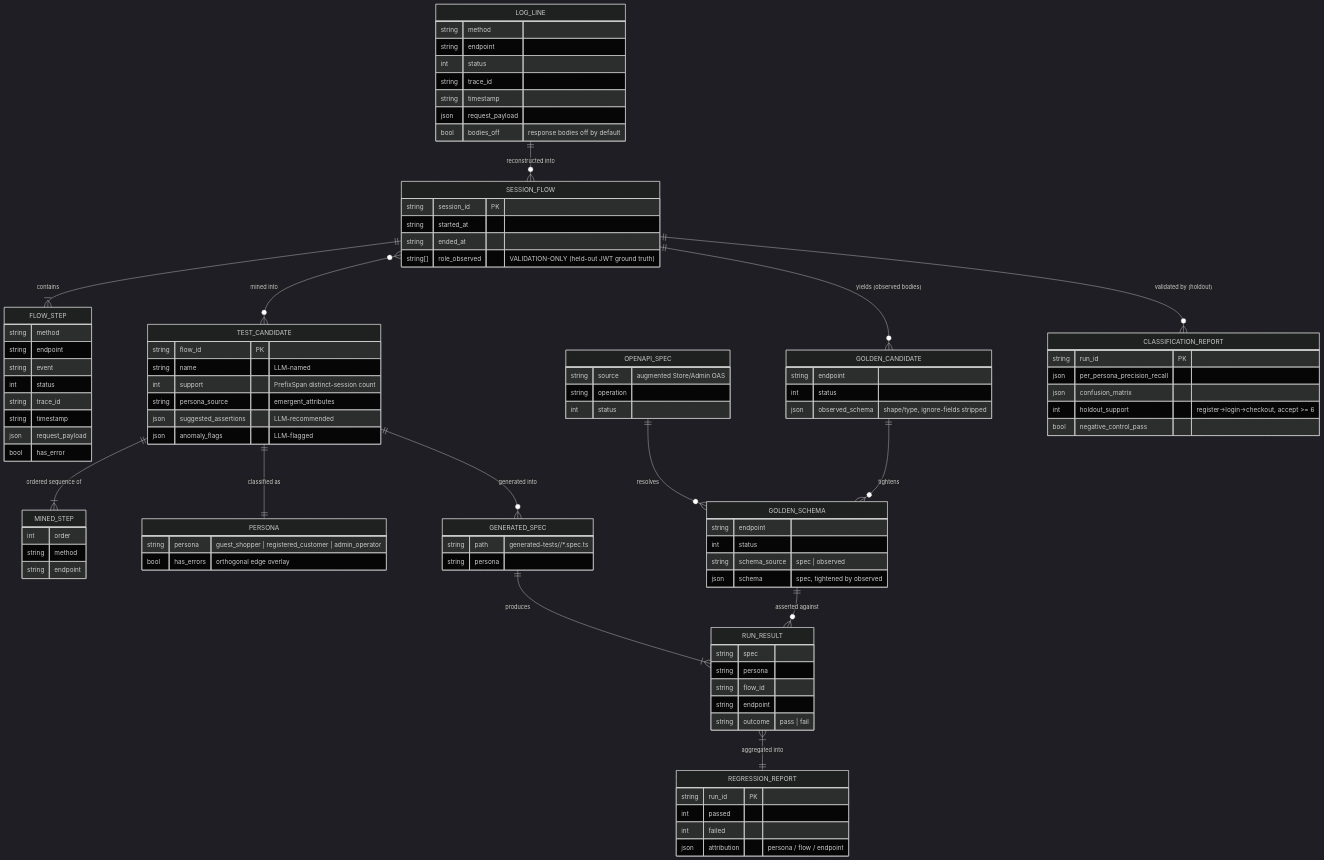
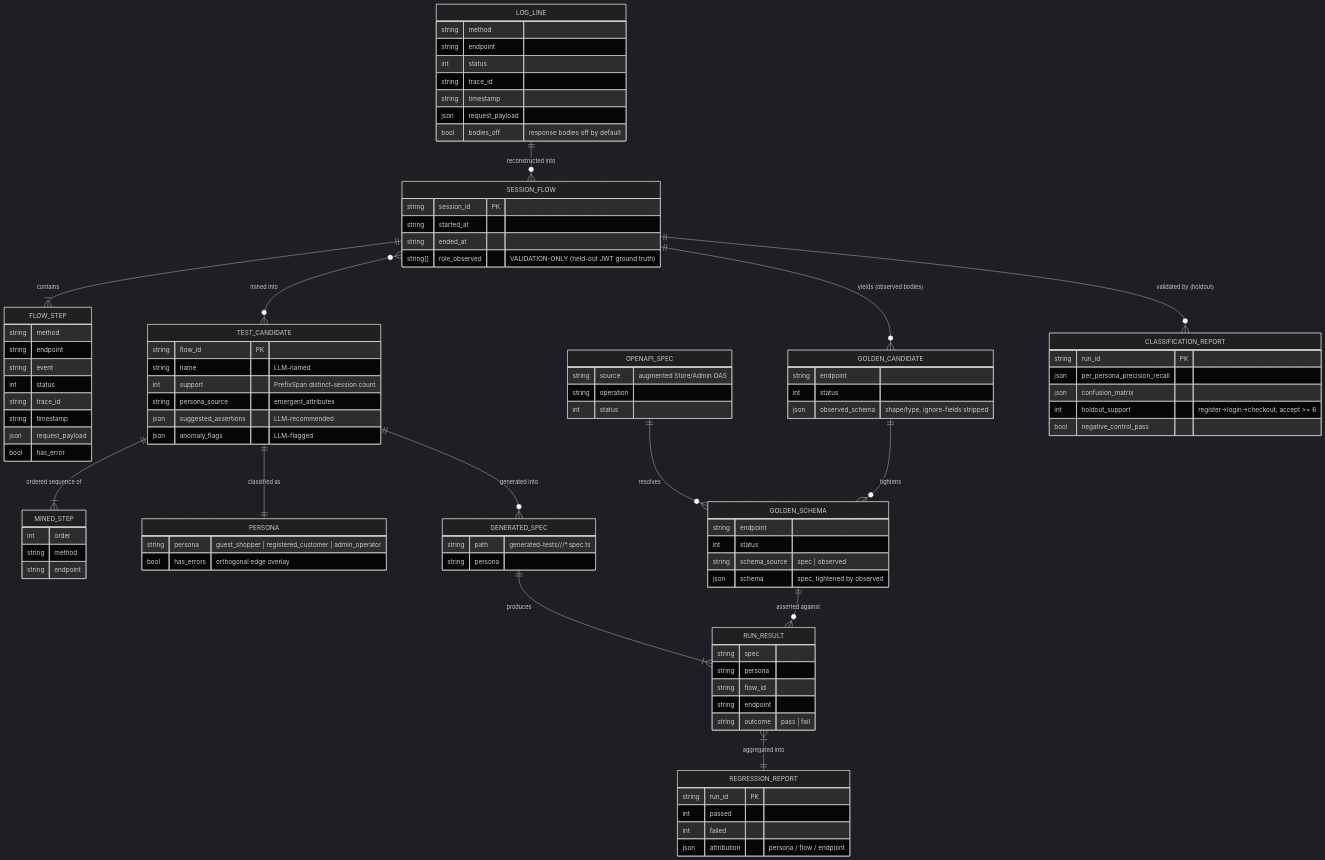
The diagram in docs/erd.md (Nanyak/ai-driven-behavioral-testing-platform), drawn with Mermaid (dark theme) before and after one commit. The commit also changed 10 other files, not shown here.

```diff
--- a/docs/erd.md
+++ b/docs/erd.md
@@ -92,7 +92,7 @@
     }
 
     GENERATED_SPEC {
-        string path "generated-tests/<persona>/*.spec.ts"
+        string path "generated-tests/<persona>/<happy-path|failure-path>/*.spec.ts"
         string persona
     }
 
```
